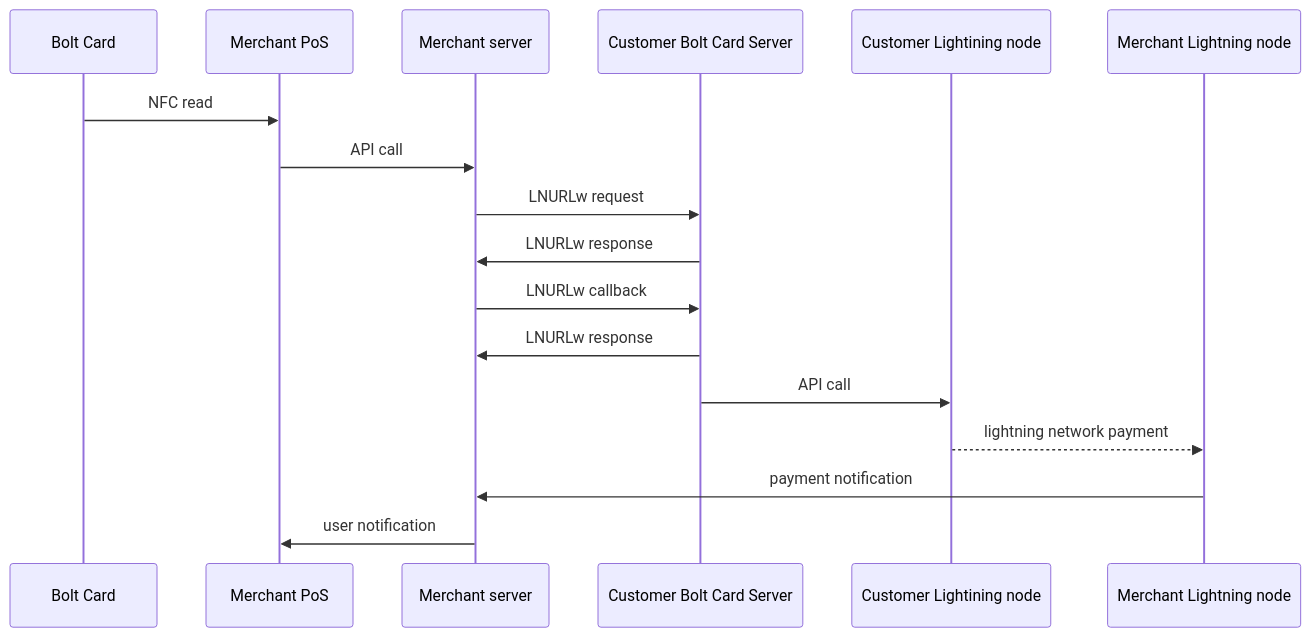
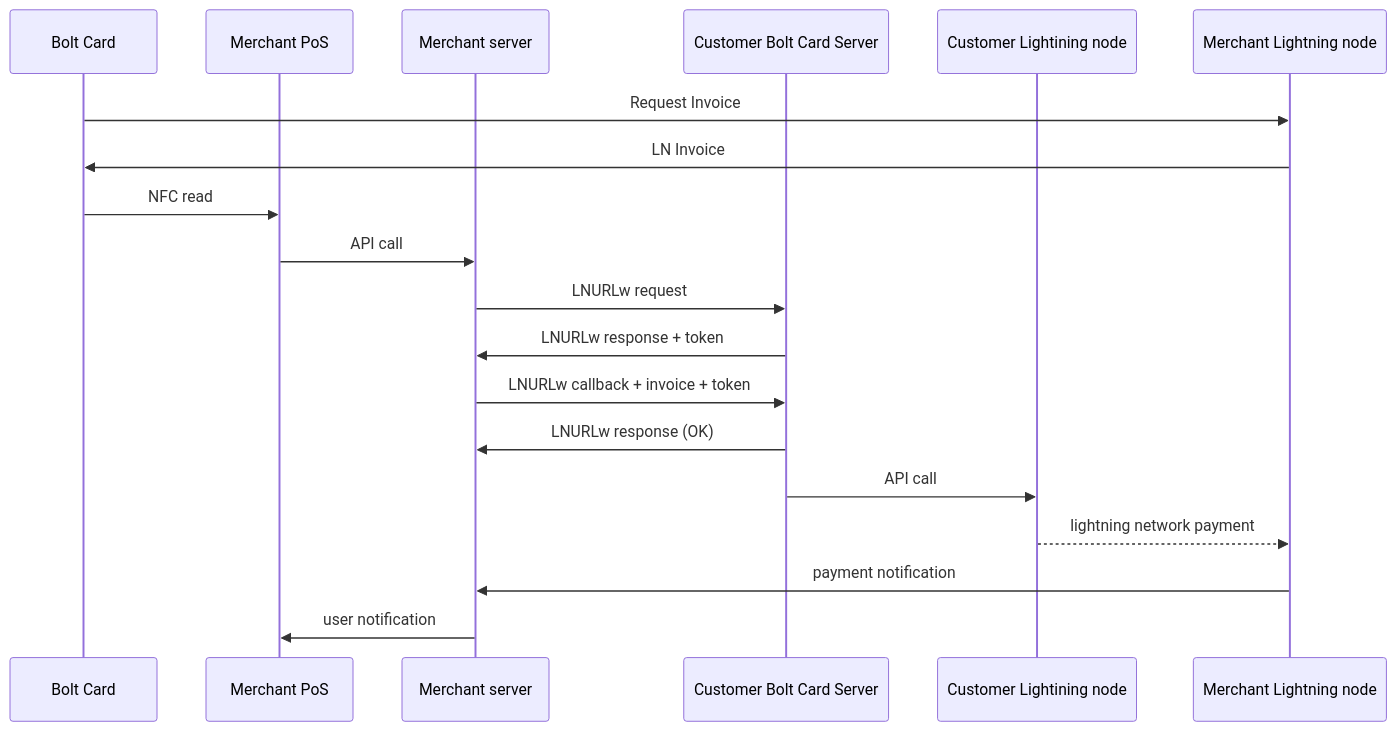
One commit to robertclarkson/mockend changed the diagram in system.MD. Above: the diagram before and after it, drawn with Mermaid.

````diff
--- a/system.MD
+++ b/system.MD
@@ -3,19 +3,21 @@
 ```mermaid
 sequenceDiagram
     participant p1 as Bolt Card
     participant p2 as Merchant PoS
     participant p3 as Merchant server
     participant p4 as Customer Bolt Card Server
     participant p5 as Customer Lightining node
     participant p6 as Merchant Lightning node
+    p1->>p6: Request Invoice
+    p6->>p1: LN Invoice
     p1->>p2: NFC read
     p2->>p3: API call
     p3->>p4: LNURLw request
-    p4->>p3: LNURLw response
-    p3->>p4: LNURLw callback
-    p4->>p3: LNURLw response
+    p4->>p3: LNURLw response + token
+    p3->>p4: LNURLw callback + invoice + token
+    p4->>p3: LNURLw response (OK)
     p4->>p5: API call
     p5-->>p6: lightning network payment
     p6->>p3: payment notification
     p3->>p2: user notification
 ```
````
